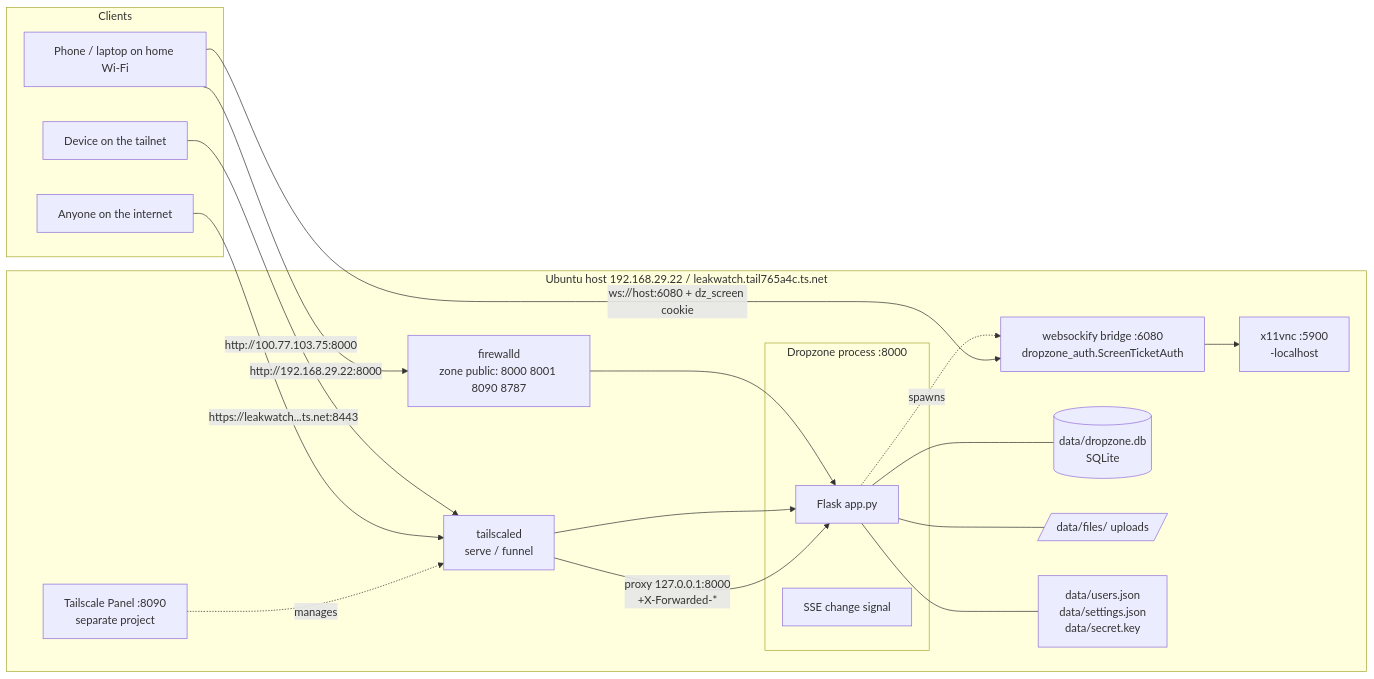
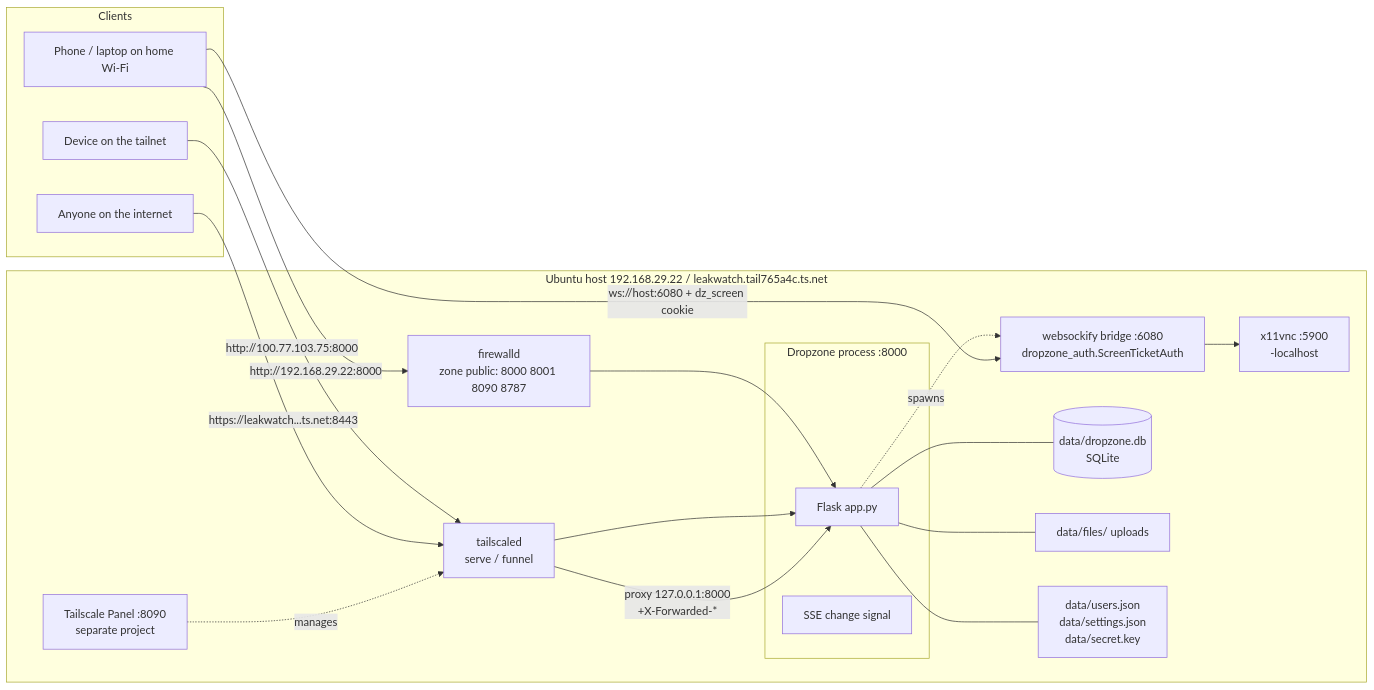
Before and after one commit to sxi9/dropzone: the first of 9 diagrams in docs/ARCHITECTURE.md, drawn with Mermaid. The commit also changed other lines of this file and 1 other file, not shown here.

Commit message:
ARCHITECTURE.md: quote Mermaid labels for GitHub rendering; link from README

````diff
--- a/docs/ARCHITECTURE.md
+++ b/docs/ARCHITECTURE.md
@@ -25,34 +25,34 @@
 ```mermaid
 flowchart LR
   subgraph Clients
-    P[Phone / laptop on home Wi-Fi]
-    T[Device on the tailnet]
-    I[Anyone on the internet]
+    P["Phone / laptop on home Wi-Fi"]
+    T["Device on the tailnet"]
+    I["Anyone on the internet"]
   end
 
-  subgraph Ubuntu host  192.168.29.22  /  leakwatch.tail765a4c.ts.net
-    FW[firewalld<br/>zone public: 8000 8001 8090 8787]
-    TS[tailscaled<br/>serve / funnel]
-    subgraph Dropzone process  :8000
-      APP[Flask app.py]
-      SSE[SSE change signal]
+  subgraph host["Ubuntu host 192.168.29.22 / leakwatch.tail765a4c.ts.net"]
+    FW["firewalld<br/>zone public: 8000 8001 8090 8787"]
+    TS["tailscaled<br/>serve / funnel"]
+    subgraph dz["Dropzone process :8000"]
+      APP["Flask app.py"]
+      SSE["SSE change signal"]
     end
-    WS[websockify bridge :6080<br/>dropzone_auth.ScreenTicketAuth]
-    VNC[x11vnc :5900<br/>-localhost]
-    DB[(data/dropzone.db<br/>SQLite)]
-    FS[/data/files/  uploads/]
-    USERS[data/users.json<br/>data/settings.json<br/>data/secret.key]
-    PANEL[Tailscale Panel :8090<br/>separate project]
+    WS["websockify bridge :6080<br/>dropzone_auth.ScreenTicketAuth"]
+    VNC["x11vnc :5900<br/>-localhost"]
+    DB[("data/dropzone.db<br/>SQLite")]
+    FS["data/files/ uploads"]
+    USERS["data/users.json<br/>data/settings.json<br/>data/secret.key"]
+    PANEL["Tailscale Panel :8090<br/>separate project"]
   end
 
   P -- http://192.168.29.22:8000 --> FW --> APP
   T -- http://100.77.103.75:8000 --> TS --> APP
   I -- https://leakwatch...ts.net:8443 --> TS -- "proxy 127.0.0.1:8000<br/>+X-Forwarded-*" --> APP
   APP --- DB
   APP --- FS
   APP --- USERS
   APP -. spawns .-> WS
   WS --> VNC
   P -- ws://host:6080 + dz_screen cookie --> WS
   PANEL -. manages .-> TS
 ```
````
